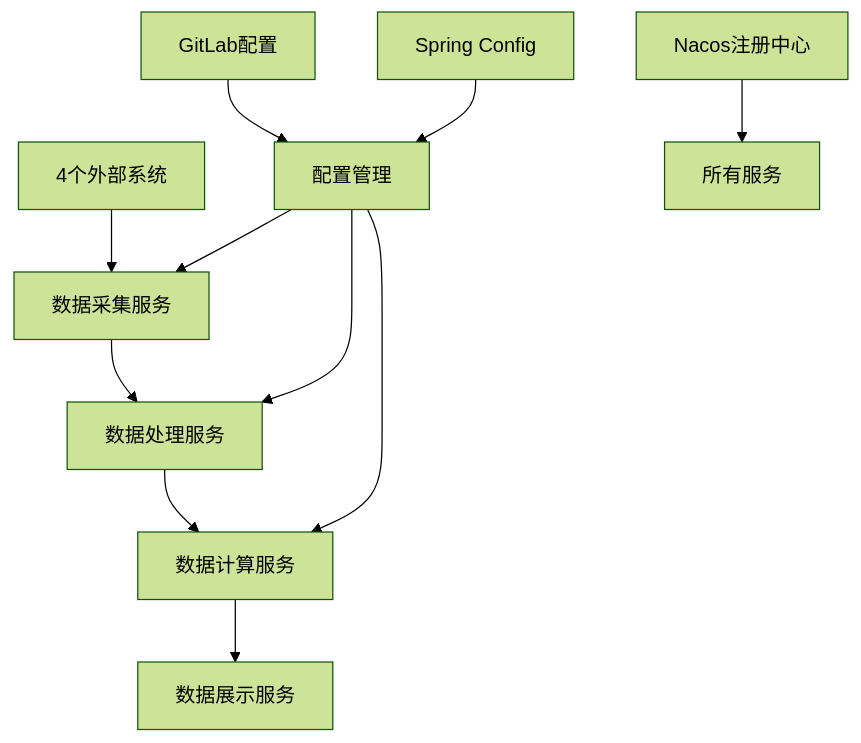
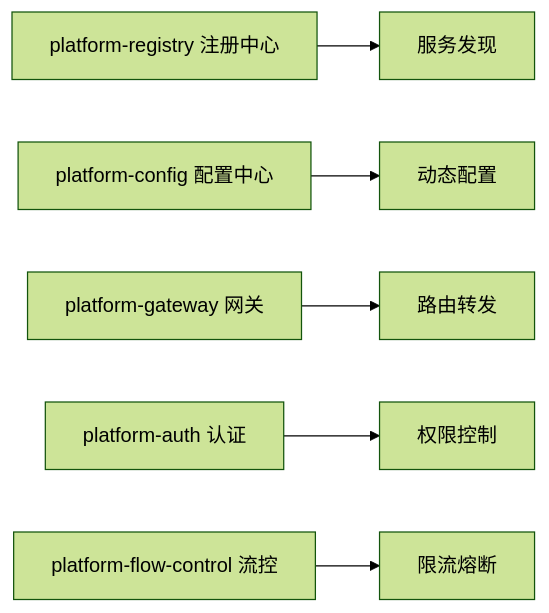
The second of 3 diagrams in ARCHITECTURE.md (githubstudycloud/springboot3), drawn with Mermaid (forest theme) before and after one commit. The commit also changed other lines of this file and 6 other files, not shown here.

````diff
--- a/ARCHITECTURE.md
+++ b/ARCHITECTURE.md
@@ -10,15 +28,8 @@
 ```mermaid
-graph TB
-    A[4个外部系统] --> B[数据采集服务]
-    B --> C[数据处理服务]
-    C --> D[数据计算服务]
-    D --> E[数据展示服务]
-    
-    F[配置管理] --> B
-    F --> C
-    F --> D
-    
-    G[GitLab配置] --> F
-    H[Spring Config] --> F
-    I[Nacos注册中心] --> J[所有服务]
+graph LR
+    A[platform-registry 注册中心] --> B[服务发现]
+    C[platform-config 配置中心] --> D[动态配置]
+    E[platform-gateway 网关] --> F[路由转发]
+    G[platform-auth 认证] --> H[权限控制]
+    I[platform-flow-control 流控] --> J[限流熔断]
 ```
````
